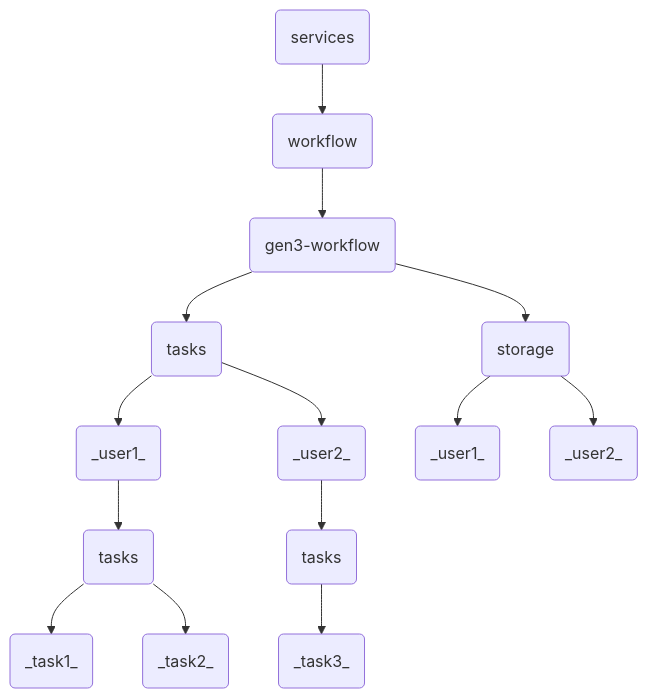
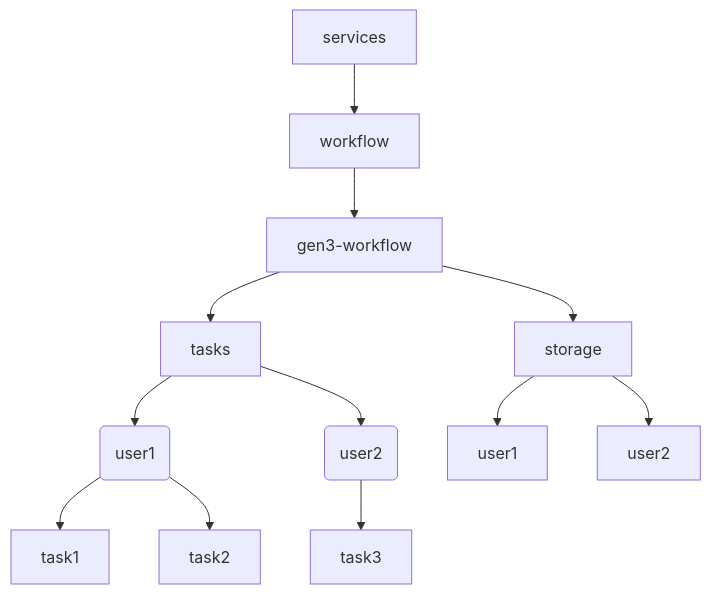
Before and after one commit to uc-cdis/gen3-workflow: the diagram in docs/authorization.md, drawn with Mermaid.

````diff
--- a/docs/authorization.md
+++ b/docs/authorization.md
@@ -13,16 +13,14 @@
 ```mermaid
 graph TD;
-    A(services) --> B(workflow);
-    B --> C(gen3-workflow);
-    C --> D(tasks);
-    C --> E(storage);
-    D --> F(_user1_);
-    D --> G(_user2_);
-    E --> M(_user1_);
-    E --> N(_user2_);
-    F --> H(tasks);
-    H --> I(_task1_);
-    H --> J(_task2_);
-    G --> K(tasks);
-    K --> L(_task3_);
+    services --> workflow;
+    workflow --> gen3-workflow;
+    gen3-workflow --> tasks;
+    gen3-workflow --> storage;
+    tasks --> user1t(user1);
+    tasks --> user2t(user2);
+    storage --> user1;
+    storage --> user2;
+    user1t --> task1;
+    user1t --> task2;
+    user2t --> task3;
 ```
````
